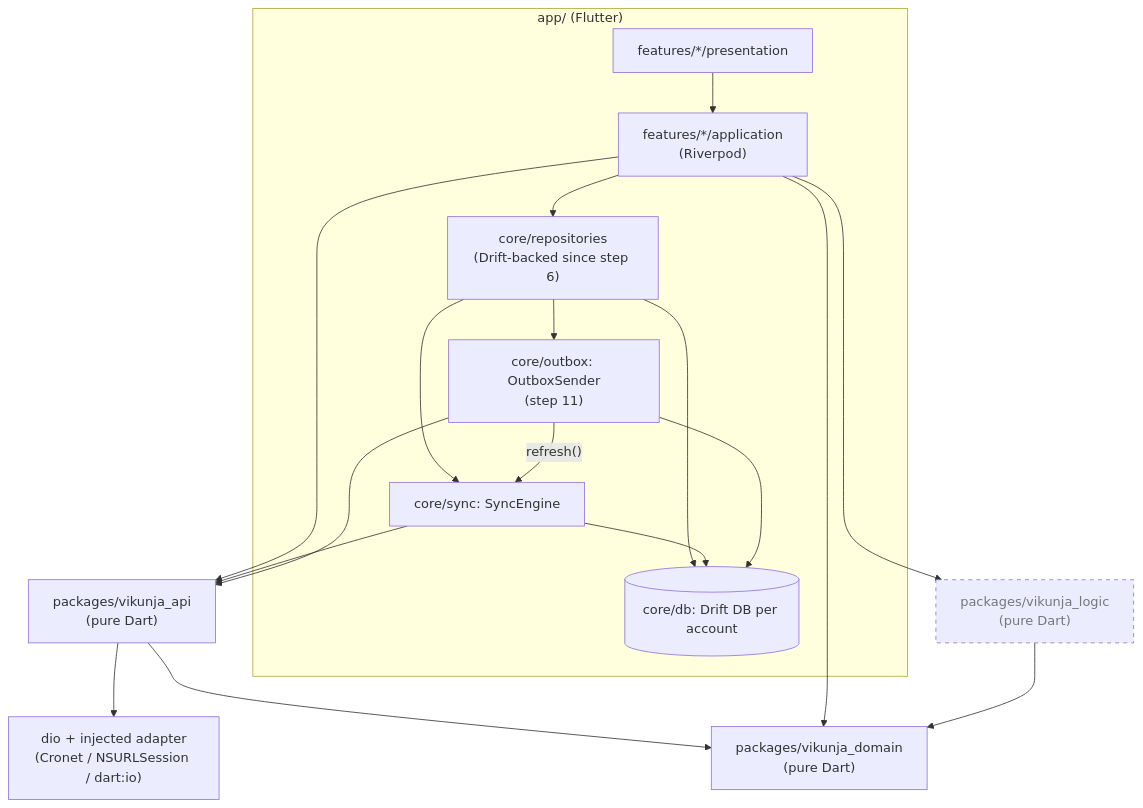
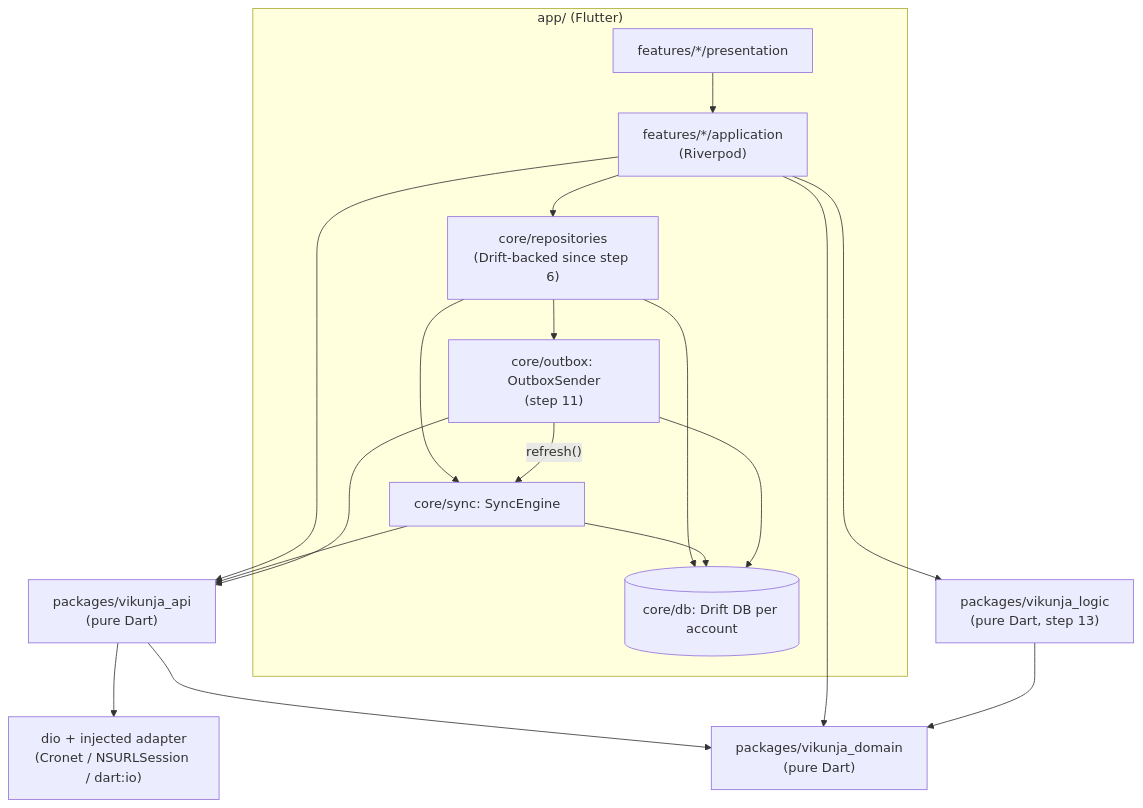
One commit to coderoftime/vikunja-app-ci-test changed the first of 9 diagrams in docs/architecture.md. Above: the diagram before and after it, drawn with Mermaid. The commit also changed other lines of this file and 113 other files, not shown here.

````diff
--- a/docs/architecture.md
+++ b/docs/architecture.md
@@ -46,24 +47,21 @@
 ```mermaid
 flowchart TD
   subgraph APP["app/ (Flutter)"]
     PRES["features/*/presentation"] --> APPL["features/*/application<br/>(Riverpod)"]
     APPL --> REPO["core/repositories<br/>(Drift-backed since step 6)"]
     REPO --> DB[("core/db: Drift DB per account")]
     REPO --> SYNC["core/sync: SyncEngine"]
     SYNC --> DB
     REPO --> OUTBOX["core/outbox: OutboxSender<br/>(step 11)"]
     OUTBOX --> DB
     OUTBOX -- "refresh()" --> SYNC
   end
   APPL --> API
   SYNC --> API
   OUTBOX --> API
   API["packages/vikunja_api<br/>(pure Dart)"] --> DOM["packages/vikunja_domain<br/>(pure Dart)"]
   APPL --> DOM
-  LOGIC["packages/vikunja_logic<br/>(pure Dart)"] --> DOM
+  LOGIC["packages/vikunja_logic<br/>(pure Dart, step 13)"] --> DOM
   APPL --> LOGIC
   API --> DIO["dio + injected adapter<br/>(Cronet / NSURLSession / dart:io)"]
-
-  classDef planned stroke-dasharray: 5 5,color:#777
-  class LOGIC planned
 ```
````
